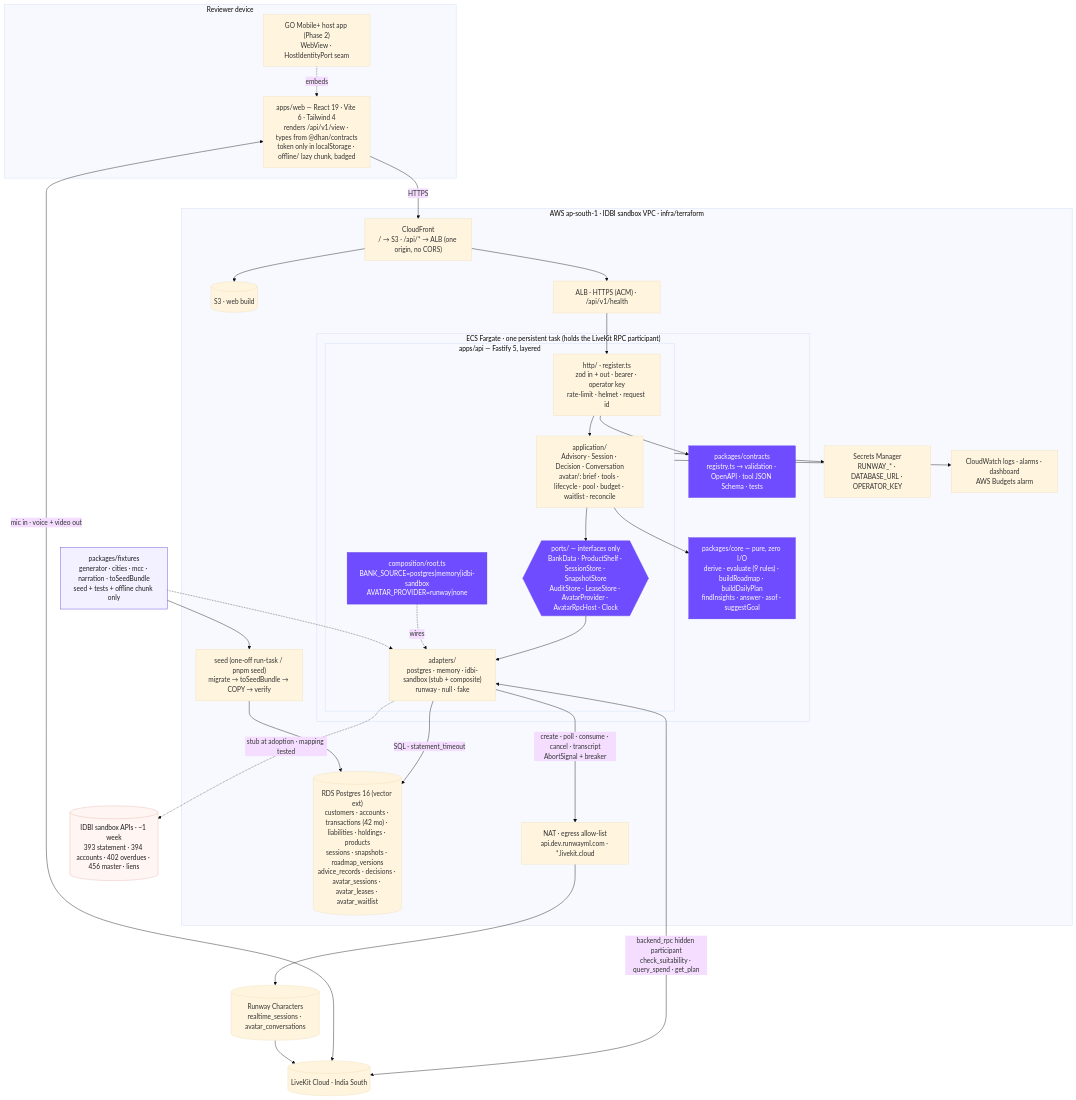
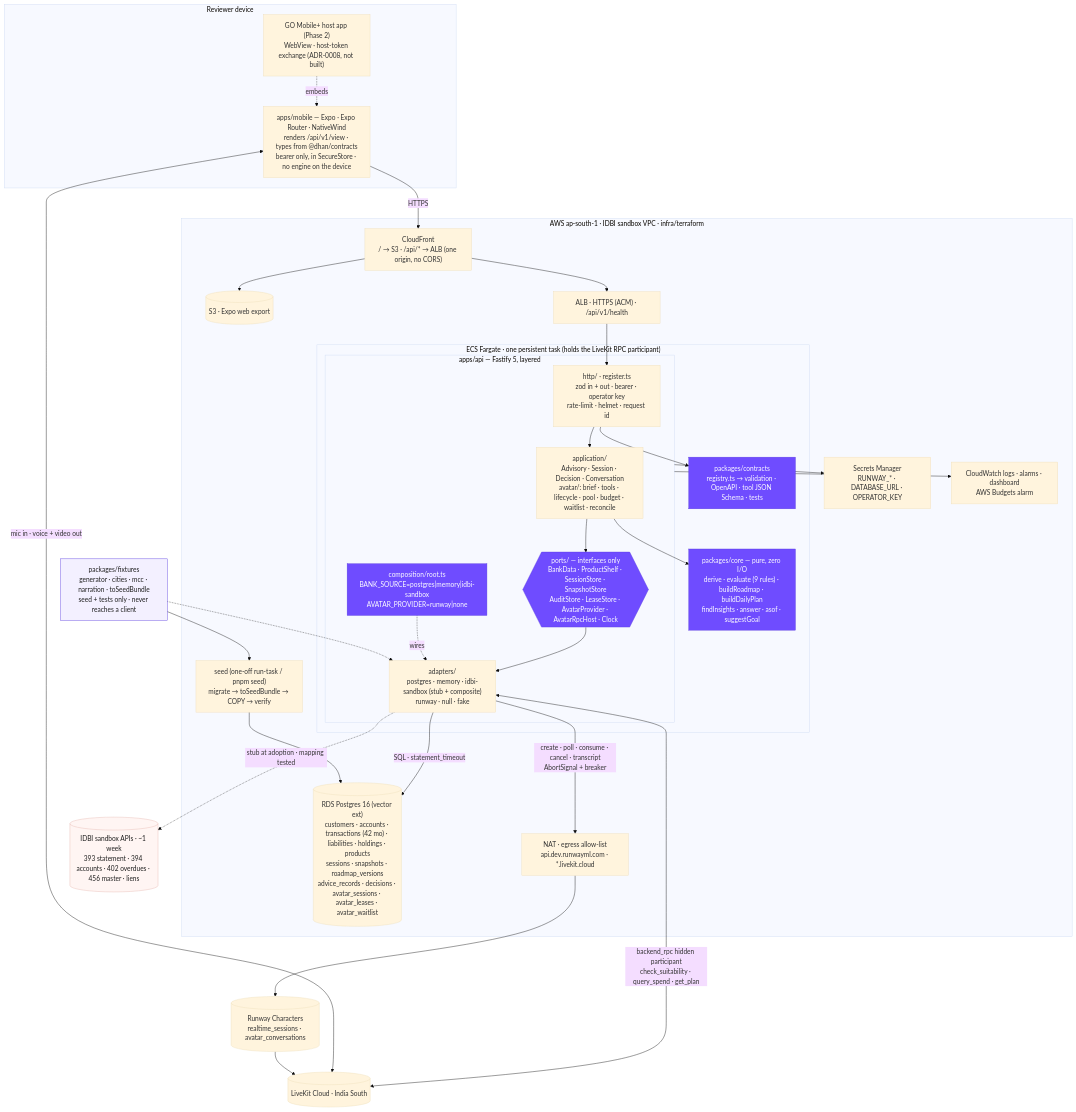
One commit to dhan-sarthi/dhan-sarthi changed the diagram in docs/architecture/HLD.md. Above: the diagram before and after it, drawn with Mermaid (base theme). The commit also changed other lines of this file and 45 other files, not shown here.

````diff
--- a/docs/architecture/HLD.md
+++ b/docs/architecture/HLD.md
@@ -89,59 +114,59 @@
 ```mermaid
 flowchart TB
   subgraph device["Reviewer device"]
-    HOST["GO Mobile+ host app (Phase 2)<br/>WebView · HostIdentityPort seam"]
-    WEB["apps/web — React 19 · Vite 6 · Tailwind 4<br/>renders /api/v1/view · types from @dhan/contracts<br/>token only in localStorage · offline/ lazy chunk, badged"]
+    HOST["GO Mobile+ host app (Phase 2)<br/>WebView · host-token exchange (ADR-0008, not built)"]
+    WEB["apps/mobile — Expo · Expo Router · NativeWind<br/>renders /api/v1/view · types from @dhan/contracts<br/>bearer only, in SecureStore · no engine on the device"]
     HOST -. embeds .-> WEB
   end
 
   subgraph aws["AWS ap-south-1 · IDBI sandbox VPC · infra/terraform"]
     CF["CloudFront<br/>/ → S3 · /api/* → ALB (one origin, no CORS)"]
-    S3[("S3 · web build")]
+    S3[("S3 · Expo web export")]
     ALB["ALB · HTTPS (ACM) · /api/v1/health"]
     subgraph ecs["ECS Fargate · one persistent task (holds the LiveKit RPC participant)"]
       subgraph api["apps/api — Fastify 5, layered"]
         HTTP["http/ · register.ts<br/>zod in + out · bearer · operator key<br/>rate-limit · helmet · request id"]
         APP["application/<br/>Advisory · Session · Decision · Conversation<br/>avatar/: brief · tools · lifecycle · pool · budget · waitlist · reconcile"]
         PORTS{{"ports/ — interfaces only<br/>BankData · ProductShelf · SessionStore · SnapshotStore<br/>AuditStore · LeaseStore · AvatarProvider · AvatarRpcHost · Clock"}}
         ADP["adapters/<br/>postgres · memory · idbi-sandbox (stub + composite)<br/>runway · null · fake"]
         ROOT["composition/root.ts<br/>BANK_SOURCE=postgres|memory|idbi-sandbox<br/>AVATAR_PROVIDER=runway|none"]
       end
       CORE["packages/core — pure, zero I/O<br/>derive · evaluate (9 rules) · buildRoadmap · buildDailyPlan<br/>findInsights · answer · asof · suggestGoal"]
       CON["packages/contracts<br/>registry.ts → validation · OpenAPI · tool JSON Schema · tests"]
     end
     SEED["seed (one-off run-task / pnpm seed)<br/>migrate → toSeedBundle → COPY → verify"]
     RDS[("RDS Postgres 16 (vector ext)<br/>customers · accounts · transactions (42 mo) · liabilities · holdings · products<br/>sessions · snapshots · roadmap_versions<br/>advice_records · decisions · avatar_sessions · avatar_leases · avatar_waitlist")]
     SM["Secrets Manager<br/>RUNWAY_* · DATABASE_URL · OPERATOR_KEY"]
     CW["CloudWatch logs · alarms · dashboard<br/>AWS Budgets alarm"]
     NAT["NAT · egress allow-list<br/>api.dev.runwayml.com · *.livekit.cloud"]
   end
 
   RUNWAY[("Runway Characters<br/>realtime_sessions · avatar_conversations")]
   LK[("LiveKit Cloud · India South")]
-  FIX["packages/fixtures<br/>generator · cities · mcc · narration · toSeedBundle<br/>seed + tests + offline chunk only"]
+  FIX["packages/fixtures<br/>generator · cities · mcc · narration · toSeedBundle<br/>seed + tests only · never reaches a client"]
   IDBI[("IDBI sandbox APIs · ~1 week<br/>393 statement · 394 accounts · 402 overdues · 456 master · liens")]
 
   WEB -->|HTTPS| CF
   CF --> S3
   CF --> ALB --> HTTP --> APP --> PORTS --> ADP
   APP --> CORE
   HTTP --> CON
   ROOT -. wires .-> ADP
   ADP -->|SQL · statement_timeout| RDS
   ADP -->|create · poll · consume · cancel · transcript<br/>AbortSignal + breaker| NAT --> RUNWAY
   ADP <-->|backend_rpc hidden participant<br/>check_suitability · query_spend · get_plan| LK
   WEB <-->|mic in · voice + video out| LK
   RUNWAY --> LK
   ADP -.->|stub at adoption · mapping tested| IDBI
   FIX --> SEED --> RDS
   FIX -.-> ADP
   api --> SM
   api --> CW
 
   style PORTS fill:#6f4cff,color:#fff,stroke:#5a3de0
   style CON fill:#6f4cff,color:#fff,stroke:#5a3de0
   style CORE fill:#6f4cff,color:#fff,stroke:#5a3de0
   style ROOT fill:#6f4cff,color:#fff,stroke:#5a3de0
   style IDBI fill:#fff5f3,color:#1f1f1f,stroke:#e6b8b0
   style FIX fill:#f3f0ff,color:#1f1f1f,stroke:#5a3de0
 ```
````
